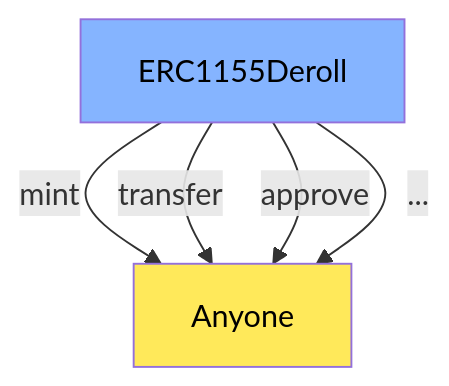
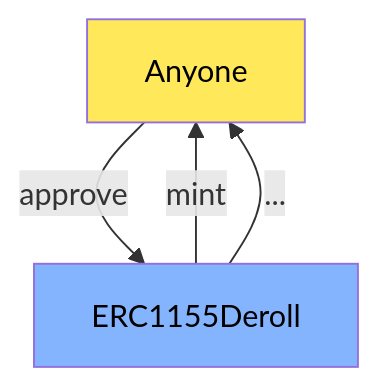
One commit to Mugen-Builders/echo-plus-deroll changed the fifth of 5 diagrams in contracts/README.md. Above: the diagram before and after it, drawn with Mermaid. The commit also changed other lines of this file and 15 other files, not shown here.

````diff
--- a/contracts/README.md
+++ b/contracts/README.md
@@ -95,13 +94,12 @@
 ```mermaid
 graph TD
     classDef core fill:#ffe95a,color:#000
     classDef external fill:#85b4ff,color:#000
 
     Anyone:::core
     ERC1155Deroll:::external
 
     ERC1155Deroll -- mint --> Anyone
-    ERC1155Deroll -- transfer --> Anyone
-    ERC1155Deroll -- approve --> Anyone
+    Anyone -- approve --> ERC1155Deroll
     ERC1155Deroll -- ... --> Anyone
 ```
````
